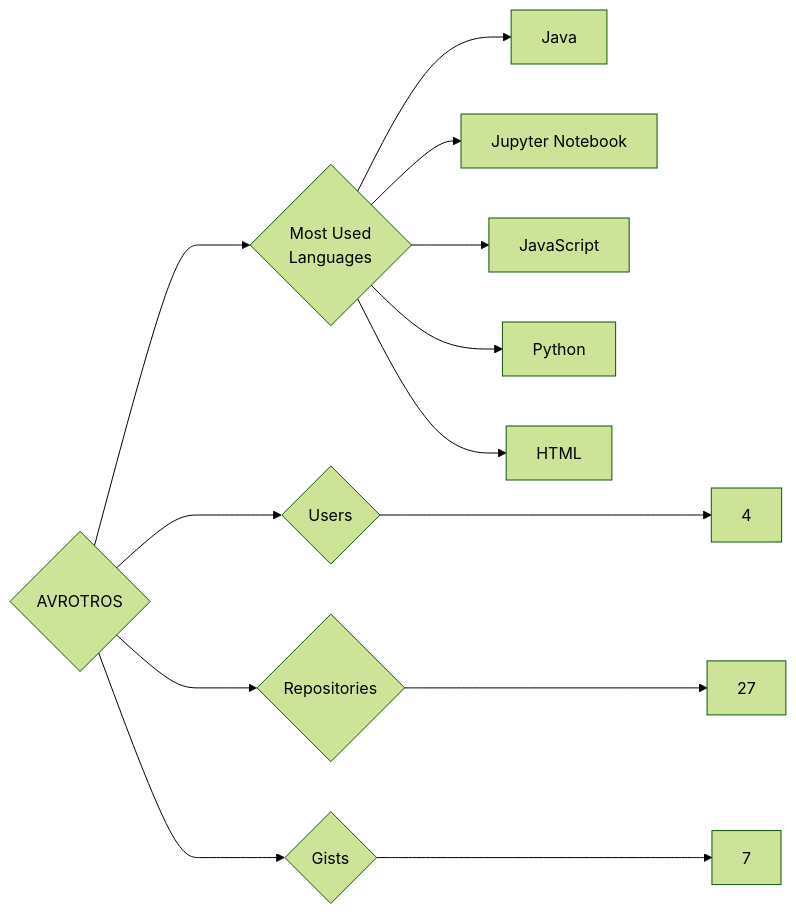
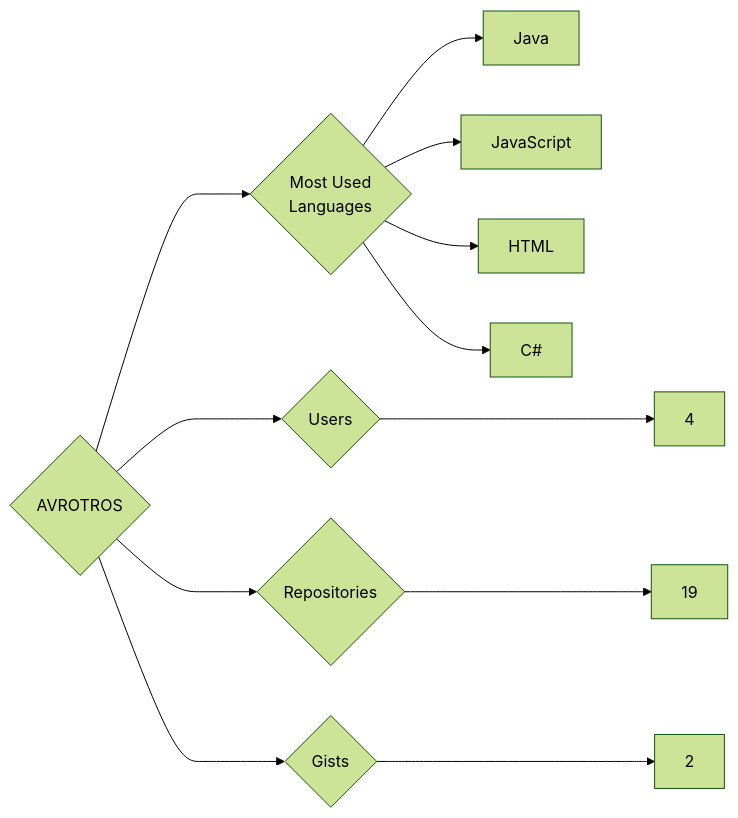
The diagram in targets/AVROTROS/README.md (trickest/insiders), drawn with Mermaid (forest theme) before and after one commit. The commit also changed 775 other files, not shown here.

````diff
--- a/targets/AVROTROS/README.md
+++ b/targets/AVROTROS/README.md
@@ -3,13 +3,12 @@
 ```mermaid
 graph LR
 COMPANY_NAME{AVROTROS}
 COMPANY_NAME ---> U{Users} ---> UN[4]
-COMPANY_NAME ---> R{Repositories} ---> RN[27]
-COMPANY_NAME ---> G{Gists} ---> GN[7]
+COMPANY_NAME ---> R{Repositories} ---> RN[19]
+COMPANY_NAME ---> G{Gists} ---> GN[2]
 COMPANY_NAME ---> ML{Most Used<br>Languages}
 ML --> Java[Java]
-ML --> Jupyter_Notebook[Jupyter Notebook]
 ML --> JavaScript[JavaScript]
-ML --> Python[Python]
 ML --> HTML[HTML]
+ML --> C#[C#]
 ```
````
